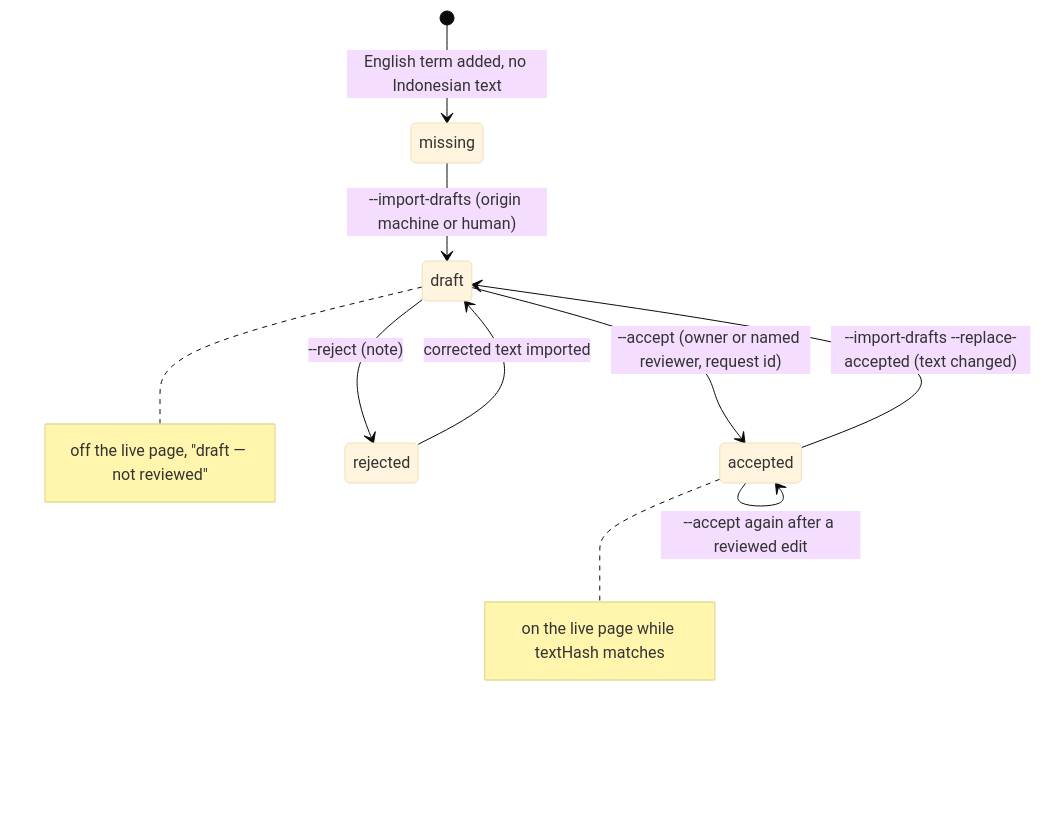
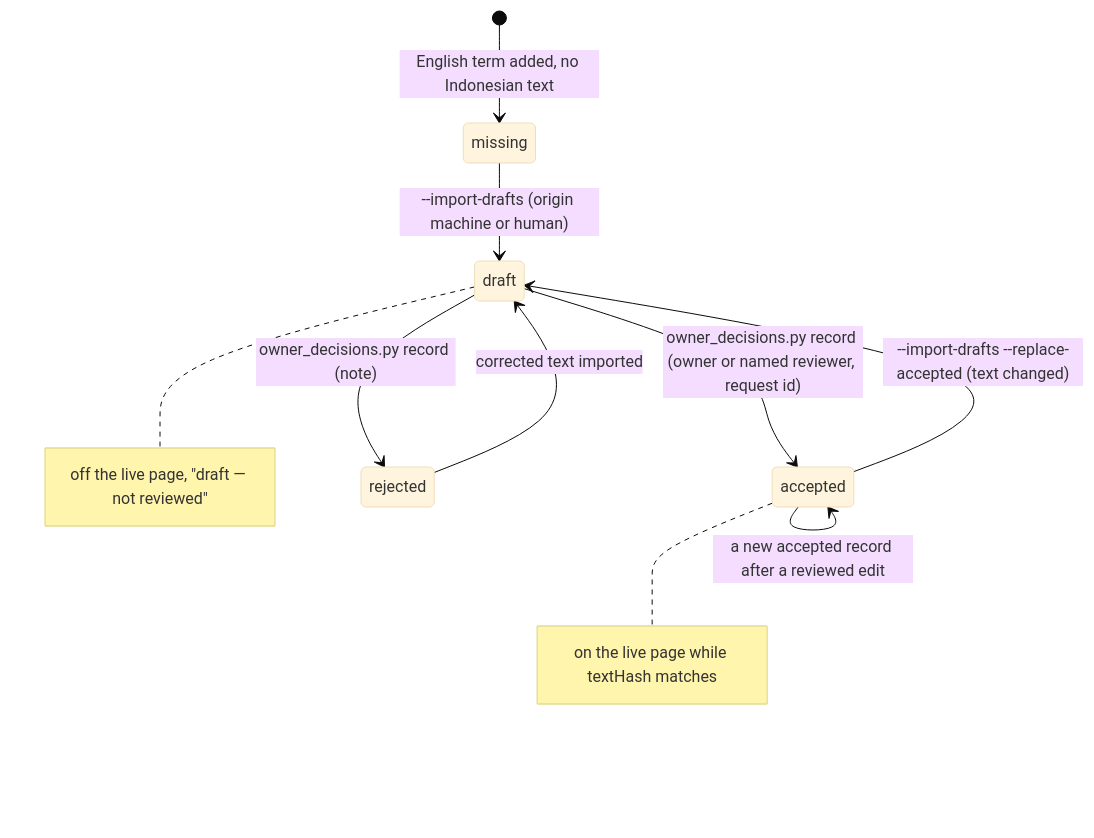
Before and after one commit to baguspermana7-cpu/bfrfranco.github.io: the first of 3 diagrams in documentation/product-transformation/02-prds/PRD-Q15/PRD.md, drawn with Mermaid (base theme). The commit also changed other lines of this file and 9 other files, not shown here.

````diff
--- a/documentation/product-transformation/02-prds/PRD-Q15/PRD.md
+++ b/documentation/product-transformation/02-prds/PRD-Q15/PRD.md
@@ -624,12 +626,12 @@
 ```mermaid
 stateDiagram-v2
   [*] --> missing: English term added, no Indonesian text
   missing --> draft: --import-drafts (origin machine or human)
-  draft --> accepted: --accept (owner or named reviewer, request id)
-  draft --> rejected: --reject (note)
+  draft --> accepted: owner_decisions.py record (owner or named reviewer, request id)
+  draft --> rejected: owner_decisions.py record (note)
   rejected --> draft: corrected text imported
   accepted --> draft: --import-drafts --replace-accepted (text changed)
-  accepted --> accepted: --accept again after a reviewed edit
+  accepted --> accepted: a new accepted record after a reviewed edit
   note right of draft: off the live page, "draft — not reviewed"
   note right of accepted: on the live page while textHash matches
 ```
````
